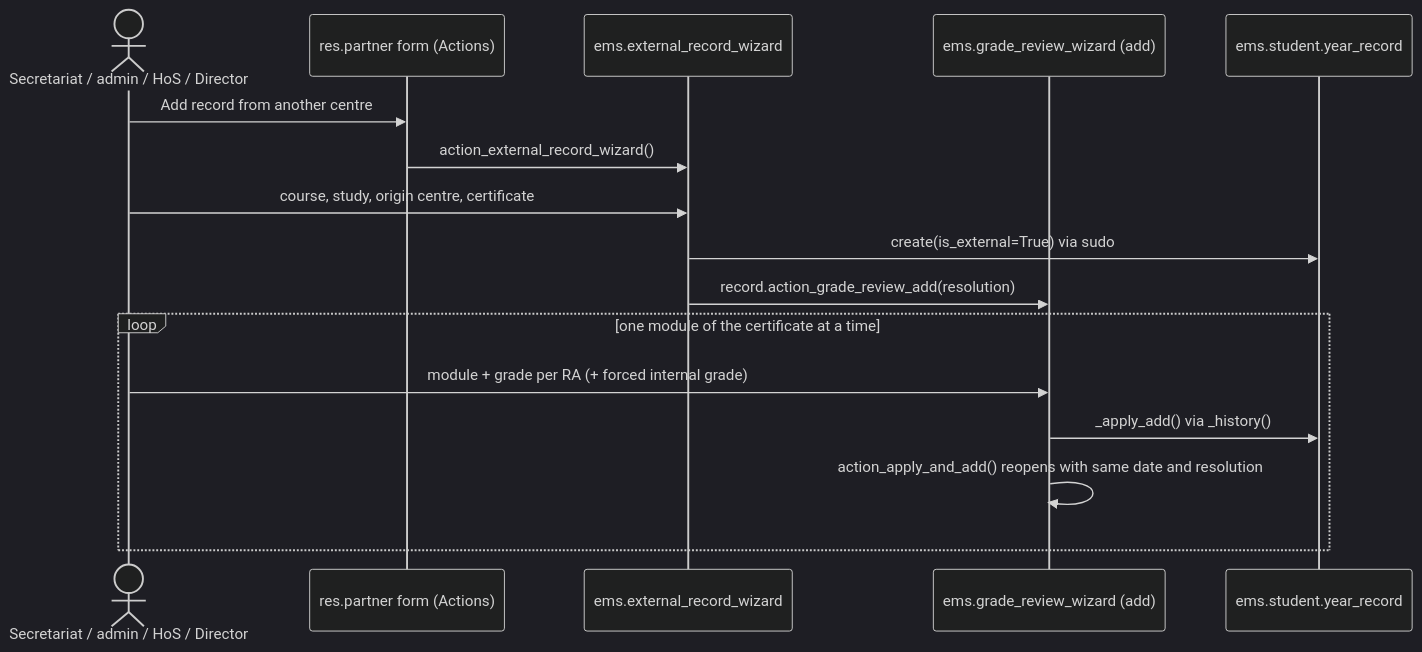
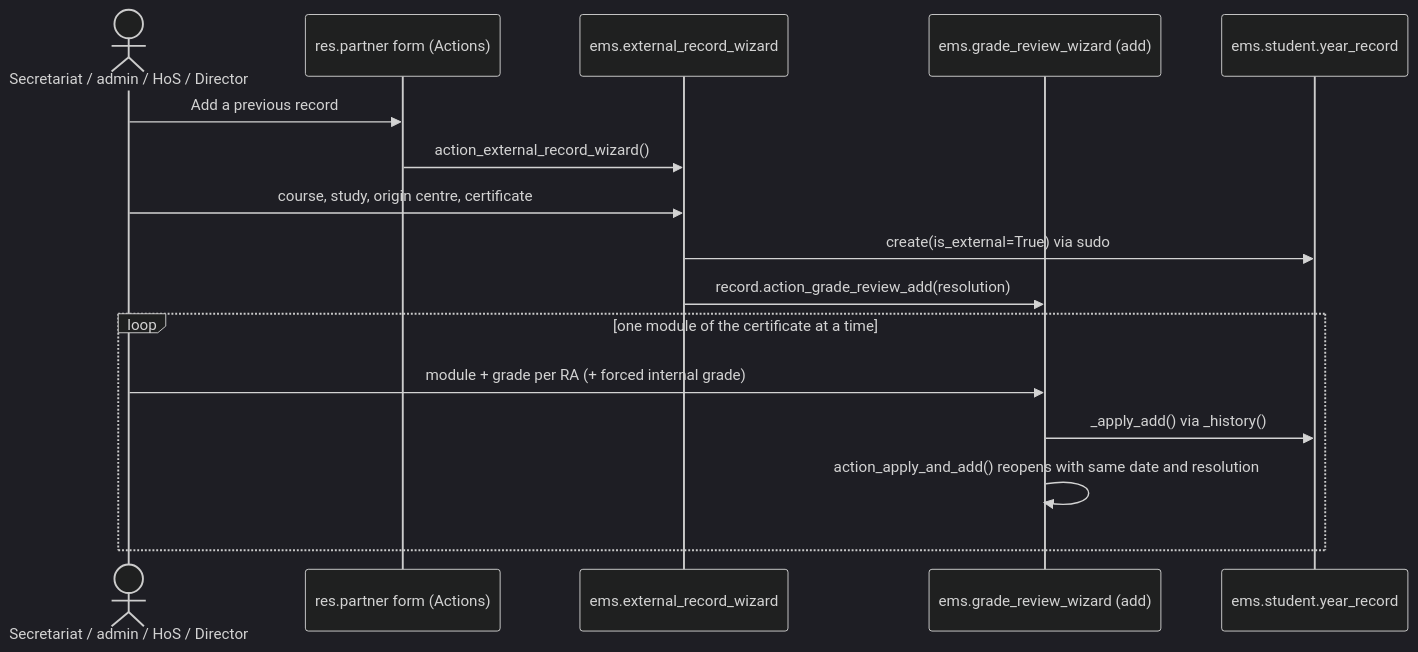
Before and after one commit to ElPuig/EMS: the fifth of 6 diagrams in docs/en/developers/grades/year_record.md, drawn with Mermaid (dark theme). The commit also changed other lines of this file and 21 other files, not shown here.

Commit message:
Rename to 'Add a previous record' and accept this centre's own pre-EMS courses

````diff
--- a/docs/en/developers/grades/year_record.md
+++ b/docs/en/developers/grades/year_record.md
@@ -187,18 +187,18 @@
 ```mermaid
 sequenceDiagram
     actor S as Secretariat / admin / HoS / Director
     participant P as res.partner form (Actions)
     participant X as ems.external_record_wizard
     participant R as ems.grade_review_wizard (add)
     participant YR as ems.student.year_record
-    S->>P: Add record from another centre
+    S->>P: Add a previous record
     P->>X: action_external_record_wizard()
     S->>X: course, study, origin centre, certificate
     X->>YR: create(is_external=True) via sudo
     X->>R: record.action_grade_review_add(resolution)
     loop one module of the certificate at a time
         S->>R: module + grade per RA (+ forced internal grade)
         R->>YR: _apply_add() via _history()
         R->>R: action_apply_and_add() reopens with same date and resolution
     end
 ```
````
